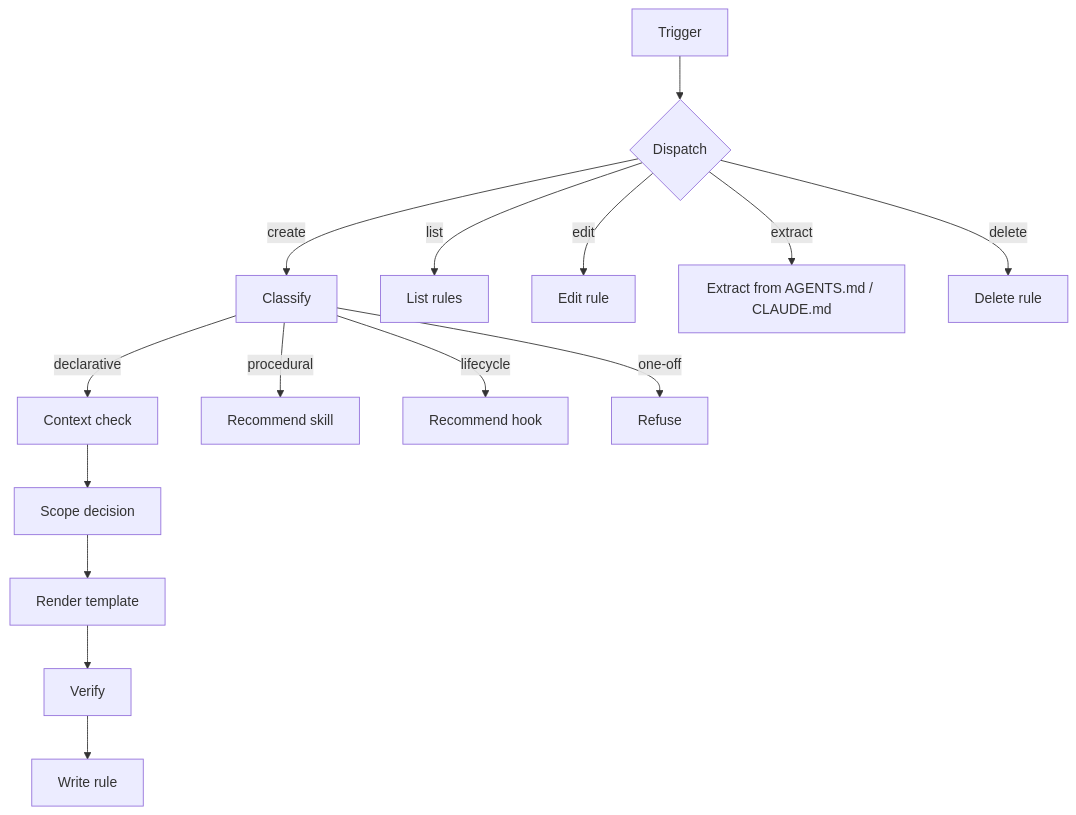
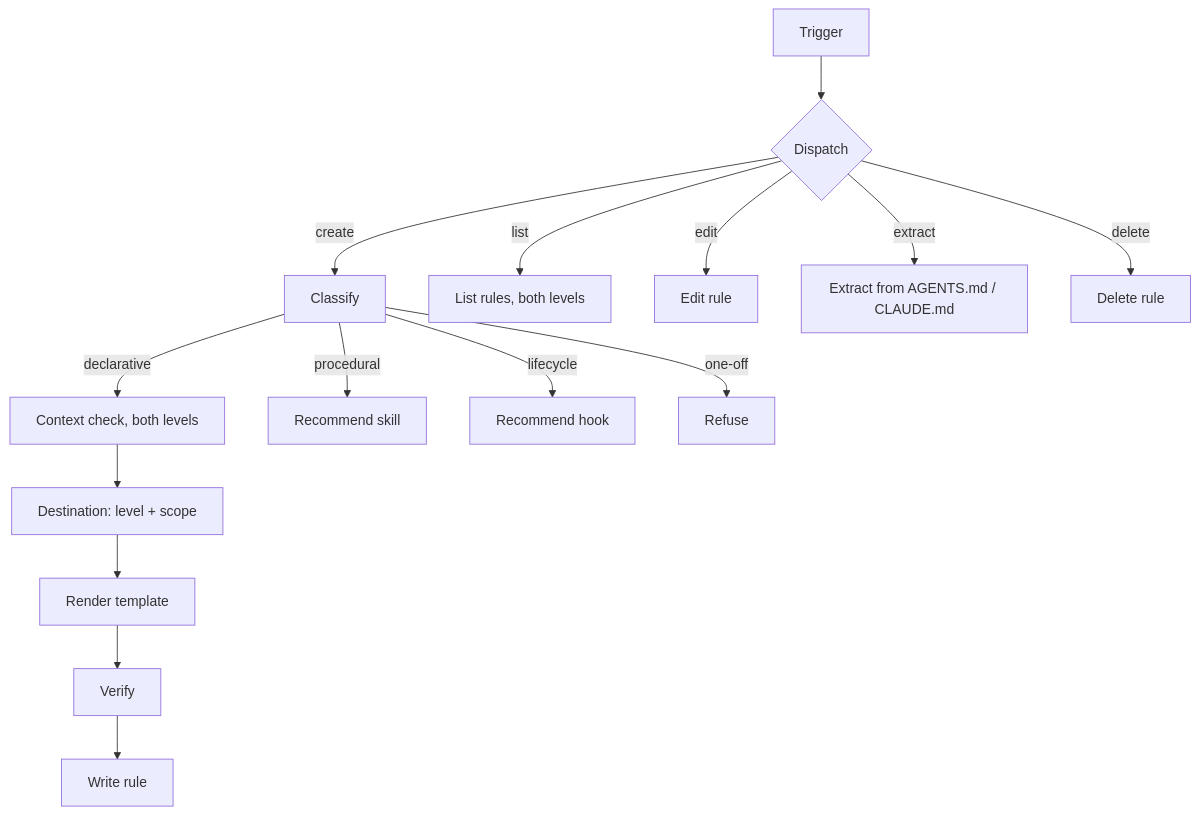
The diagram in skills/engineering/rule-creator/README.md (adeonir/agent-skills), drawn with Mermaid before and after one commit. The commit also changed other lines of this file and 4 other files, not shown here.

First line of the commit message:
feat(rule-creator): manage rules at user and project level

````diff
--- a/skills/engineering/rule-creator/README.md
+++ b/skills/engineering/rule-creator/README.md
@@ -9,17 +16,17 @@
 ```mermaid
 flowchart TD
     T[Trigger] --> D{Dispatch}
     D -->|create| C[Classify]
-    C -->|declarative| X[Context check]
+    C -->|declarative| X[Context check, both levels]
     C -->|procedural| SK[Recommend skill]
     C -->|lifecycle| HK[Recommend hook]
     C -->|one-off| OF[Refuse]
-    X --> S[Scope decision]
+    X --> S[Destination: level + scope]
     S --> R[Render template]
     R --> V[Verify]
     V --> W[Write rule]
-    D -->|list| L[List rules]
+    D -->|list| L[List rules, both levels]
     D -->|edit| E[Edit rule]
     D -->|extract| EX[Extract from AGENTS.md / CLAUDE.md]
     D -->|delete| DL[Delete rule]
 ```
````
